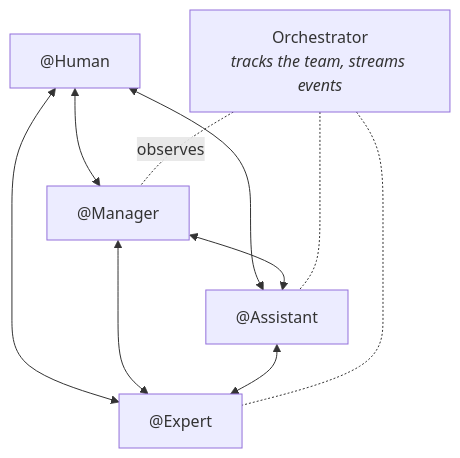
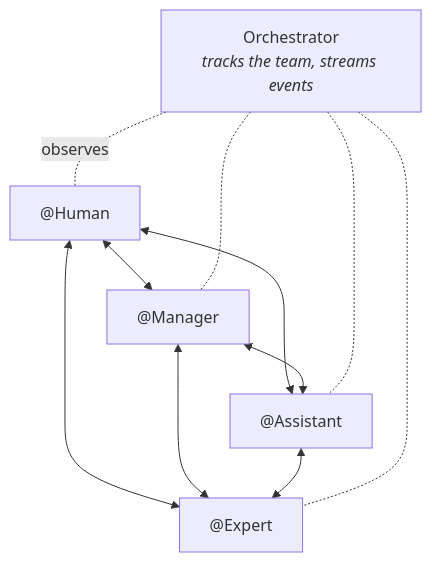
One commit to b12consulting/akgentic changed the diagram in README.md. Above: the diagram before and after it, drawn with Mermaid.

Commit message:
docs: show the orchestrator observing @Human too
The team diagram drew the orchestrator's dotted line to the three LLM agents
but not to @Human, implying the human sits outside what the orchestrator
tracks. HumanProxy is created through orchestrator.createActor like every
other member and is observed the same way, so the diagram now says so.

Relates to #54

````diff
--- a/README.md
+++ b/README.md
@@ -56,13 +56,14 @@
 ```mermaid
 flowchart TD
     H["@Human"] <--> M["@Manager"]
     H <--> A["@Assistant"]
     H <--> E["@Expert"]
     M <--> A
     M <--> E
     A <--> E
     O["Orchestrator<br/><i>tracks the team, streams events</i>"]
-    O -.observes.- M
+    O -.observes.- H
+    O -.- M
     O -.- A
     O -.- E
 ```
````
